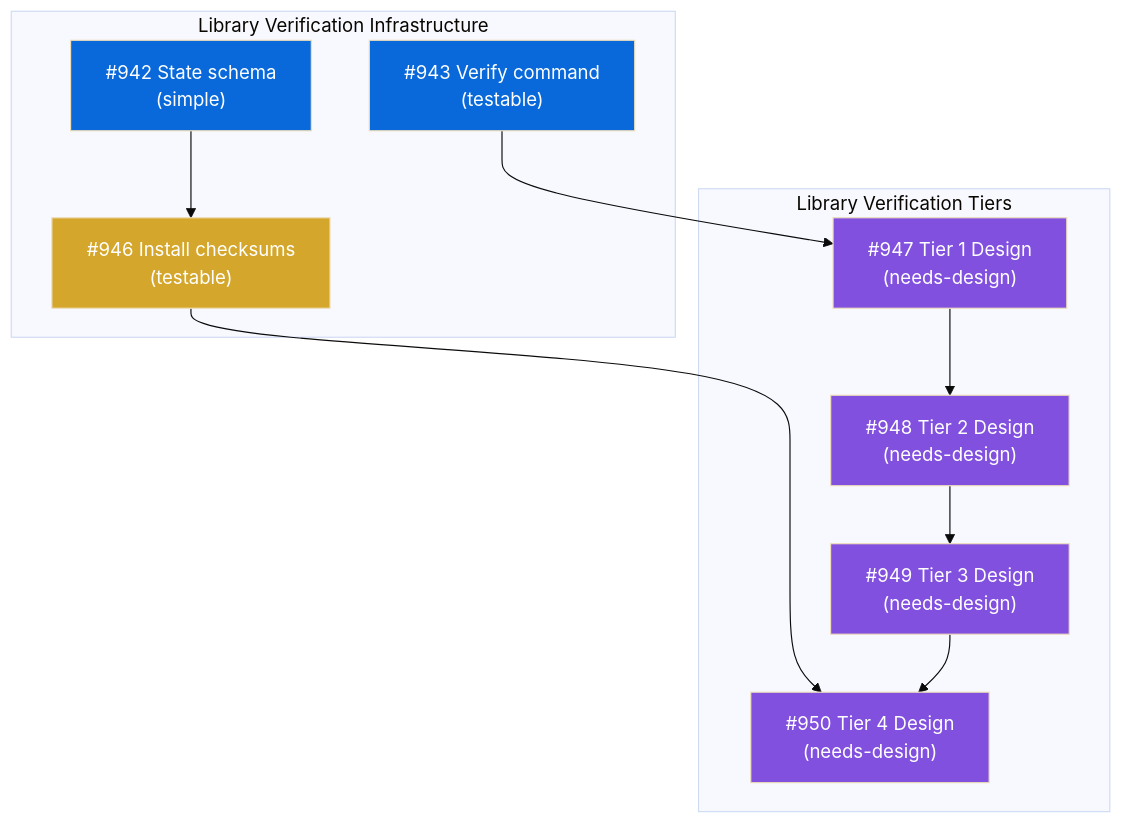
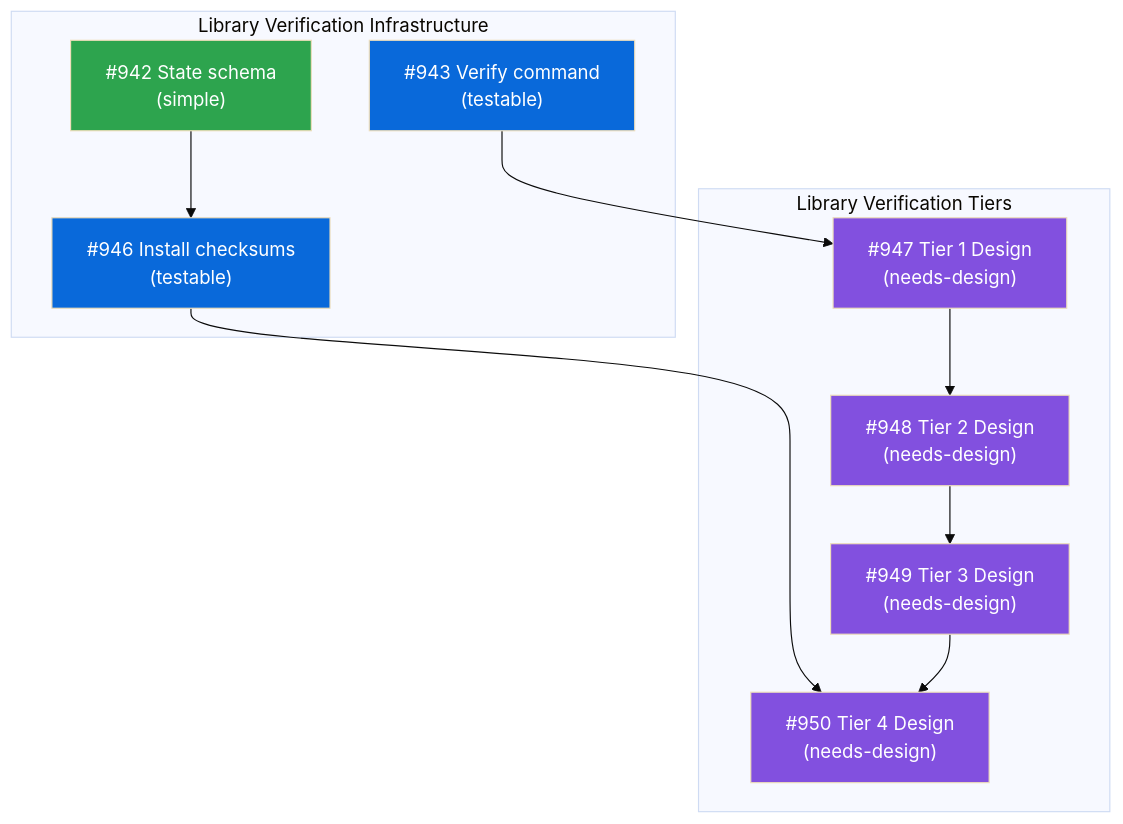
Before and after one commit to tsukumogami/tsuku: the diagram in docs/designs/DESIGN-library-verification.md, drawn with Mermaid (base theme). The commit also changed 2 other files, not shown here.

Commit message:
feat(state): add checksums field to library version state (#958)
Add a `Checksums` field to `LibraryVersionState` for storing SHA256
checksums
of library files at installation time. This enables integrity
verification
for Level 4 of the library verification system. The field uses
`omitempty`
JSON tag for backward compatibility with existing state.json files.

````diff
--- a/docs/designs/DESIGN-library-verification.md
+++ b/docs/designs/DESIGN-library-verification.md
@@ -17,27 +17,27 @@
 ```mermaid
 graph TD
     subgraph Infrastructure["Library Verification Infrastructure"]
-        I942["#942 State schema<br/>(simple)"]:::ready
+        I942["#942 State schema<br/>(simple)"]:::done
         I943["#943 Verify command<br/>(testable)"]:::ready
-        I946["#946 Install checksums<br/>(testable)"]:::blocked
+        I946["#946 Install checksums<br/>(testable)"]:::ready
     end
 
     subgraph Tiers["Library Verification Tiers"]
         I947["#947 Tier 1 Design<br/>(needs-design)"]:::needsdesign
         I948["#948 Tier 2 Design<br/>(needs-design)"]:::needsdesign
         I949["#949 Tier 3 Design<br/>(needs-design)"]:::needsdesign
         I950["#950 Tier 4 Design<br/>(needs-design)"]:::needsdesign
     end
 
     I942 --> I946
     I943 --> I947
     I947 --> I948
     I948 --> I949
     I946 --> I950
     I949 --> I950
 
     classDef done fill:#2da44e,color:white
     classDef ready fill:#0969da,color:white
     classDef blocked fill:#d4a72c,color:white
     classDef needsdesign fill:#8250df,color:white
 ```
````
